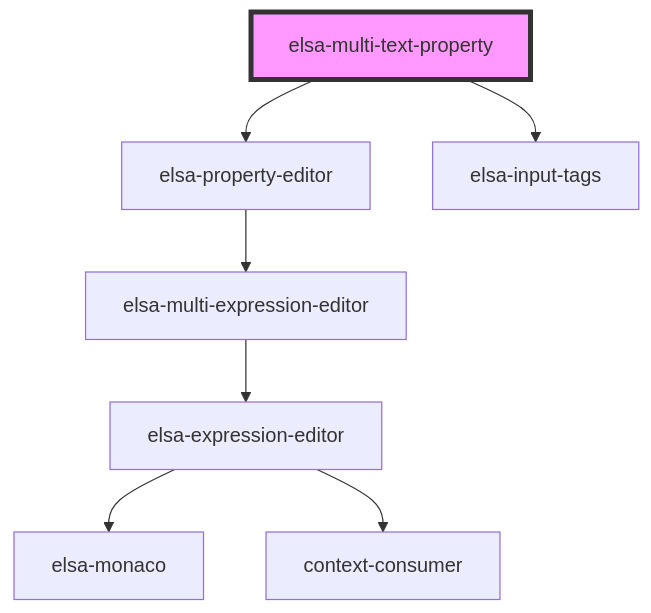
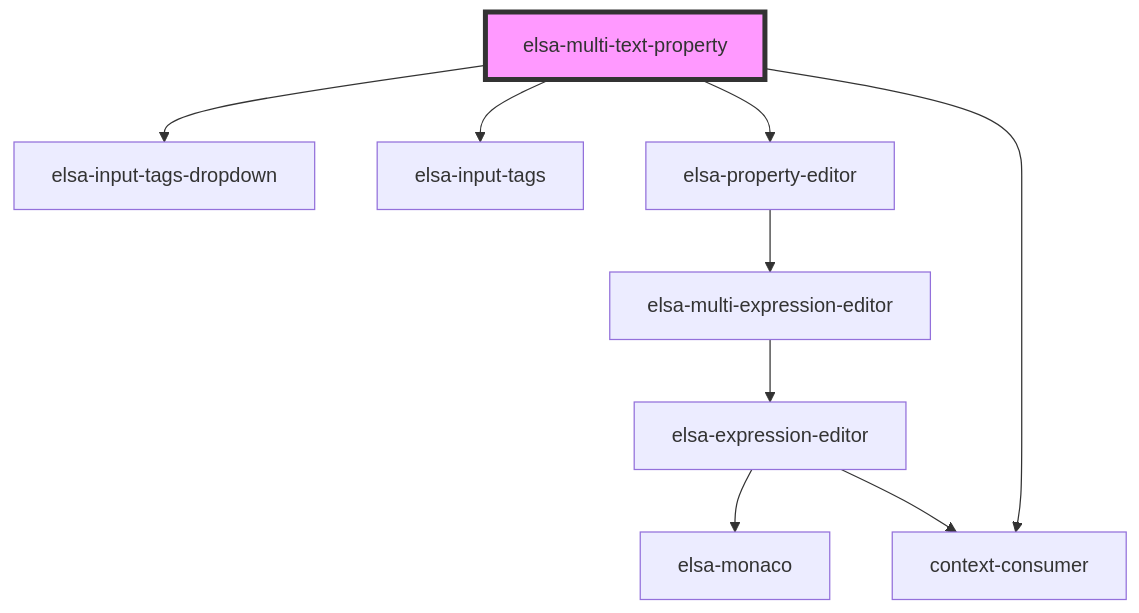
The diagram in src/designer/elsa-workflows-studio/src/components/editors/properties/elsa-multi-text-property/readme.md (elsa-workflows/elsa-core), drawn with Mermaid before and after one commit. The commit also changed other lines of this file and 22 other files, not shown here.

````diff
--- a/src/designer/elsa-workflows-studio/src/components/editors/properties/elsa-multi-text-property/readme.md
+++ b/src/designer/elsa-workflows-studio/src/components/editors/properties/elsa-multi-text-property/readme.md
@@ -24,10 +27,12 @@
 ```mermaid
 graph TD;
+  elsa-multi-text-property --> elsa-input-tags-dropdown
+  elsa-multi-text-property --> elsa-input-tags
   elsa-multi-text-property --> elsa-property-editor
-  elsa-multi-text-property --> elsa-input-tags
+  elsa-multi-text-property --> context-consumer
   elsa-property-editor --> elsa-multi-expression-editor
   elsa-multi-expression-editor --> elsa-expression-editor
   elsa-expression-editor --> elsa-monaco
   elsa-expression-editor --> context-consumer
   style elsa-multi-text-property fill:#f9f,stroke:#333,stroke-width:4px
 ```
````
